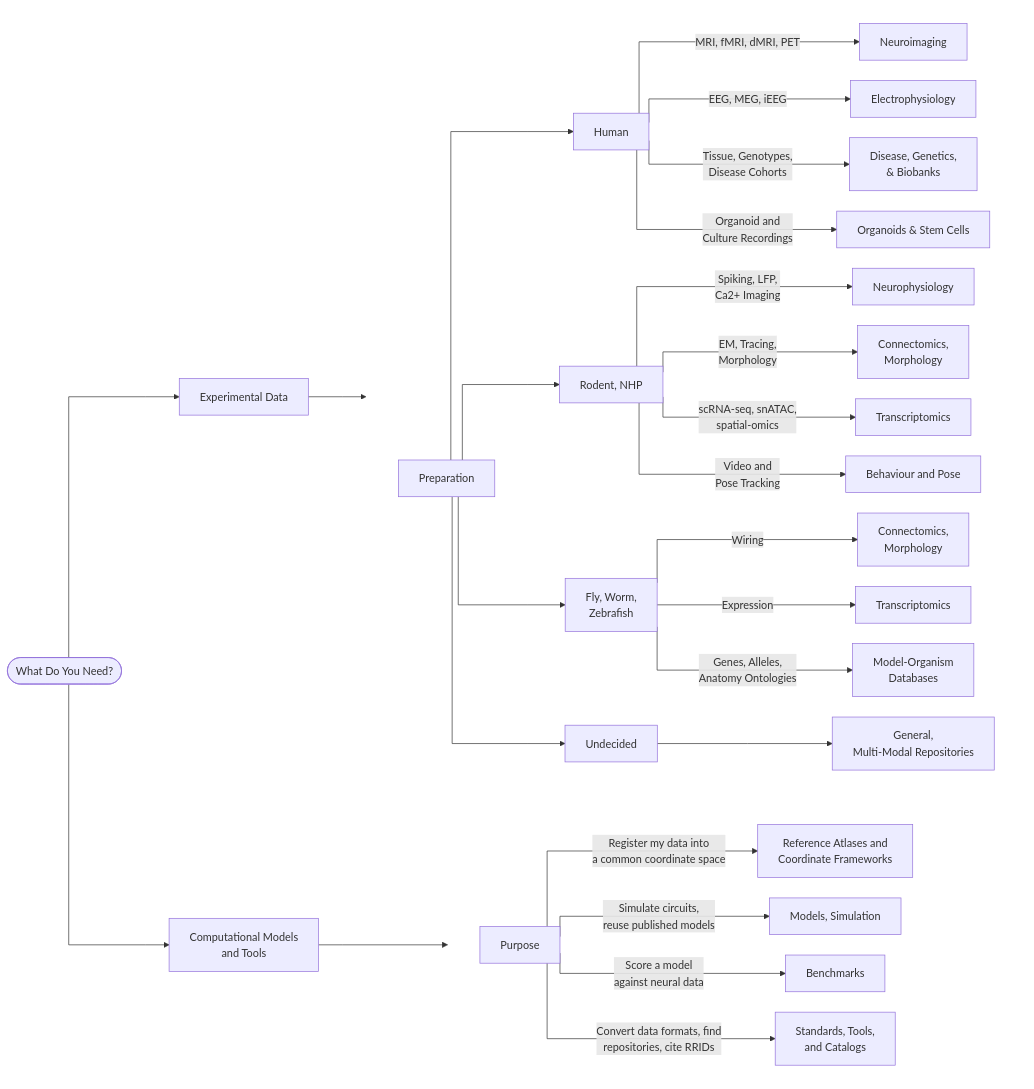
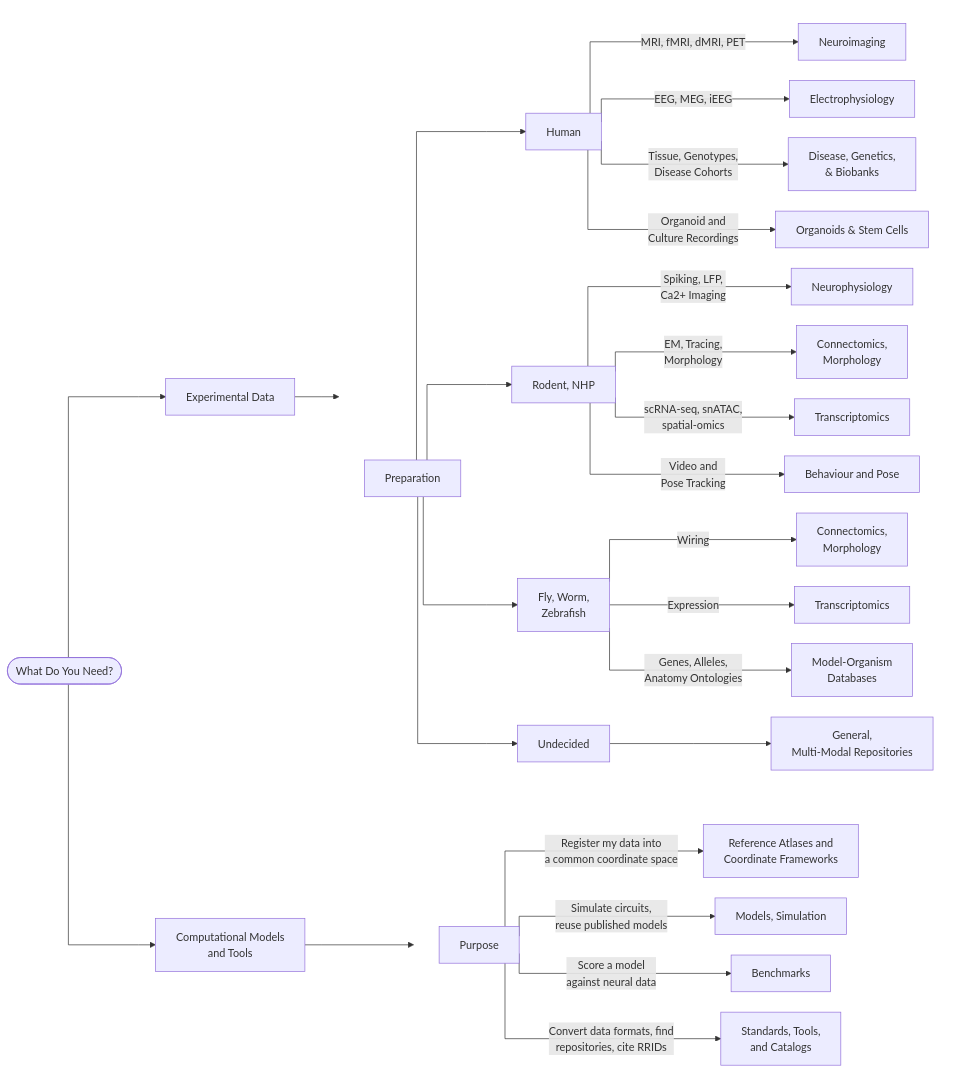
One commit to lauramedlock/neuroarchives changed the diagram in docs/index.md. Above: the diagram before and after it, drawn with Mermaid.

Commit message:
Update mermaid flowchart rankSpacing
Adjusted mermaid flowchart settings for better layout.

````diff
--- a/docs/index.md
+++ b/docs/index.md
@@ -41,44 +41,44 @@
 ```mermaid
-%%{init: {"flowchart": {"curve": "stepBefore", "useMaxWidth": true, "rankSpacing": 70, "nodeSpacing": 30}} }%%
+%%{init: {"flowchart": {"curve": "stepBefore", "useMaxWidth": true, "rankSpacing": 50, "nodeSpacing": 30}} }%%
 flowchart LR
     START([What Do You Need?])
     START --> EXP[Experimental Data]
     START --> MOD[Computational Models<br>and Tools]
     EXP --> PREP[Preparation]
     MOD --> PURPOSE[Purpose]
 
     subgraph expArm [ ]
     direction LR
     PREP -->GEN[Undecided]
     PREP -->HU[Human]
     PREP -->RO[Rodent, NHP]
     PREP -->INV[Fly, Worm,<br>Zebrafish]
 
     HU -->|MRI, fMRI, dMRI, PET| E1[Neuroimaging]
     HU -->|EEG, MEG, iEEG| E2[Electrophysiology]
     HU -->|Tissue, Genotypes,<br>Disease Cohorts| E3[Disease, Genetics,<br>& Biobanks]
     HU -->|Organoid and<br>Culture Recordings| E4[Organoids & Stem Cells]
 
     RO -->|Spiking, LFP,<br>Ca2+ Imaging| E5[Neurophysiology]
     RO -->|EM, Tracing,<br>Morphology| E6[Connectomics,<br>Morphology]
     RO -->|scRNA-seq, snATAC,<br>spatial-omics| E7[Transcriptomics]
     RO -->|Video and<br>Pose Tracking| E8[Behaviour and Pose]
 
     INV -->|Wiring| E6b[Connectomics,<br>Morphology]
     INV -->|Expression| E7b[Transcriptomics]
     INV -->|Genes, Alleles,<br>Anatomy Ontologies| E9[Model-Organism<br>Databases]
 
     GEN --> E10[General,<br>Multi-Modal Repositories]
     end
 
     subgraph modArm [ ]
     direction LR
     PURPOSE -->|Register my data into<br>a common coordinate space| M1[Reference Atlases and<br>Coordinate Frameworks]
     PURPOSE -->|Simulate circuits,<br>reuse published models| M2[Models, Simulation]
     PURPOSE -->|Score a model<br>against neural data| M4[Benchmarks]
     PURPOSE -->|Convert data formats, find<br>repositories, cite RRIDs| M3[Standards, Tools,<br>and Catalogs]
     end
 
     style expArm fill:none,stroke:none
     style modArm fill:none,stroke:none
 ```
````
